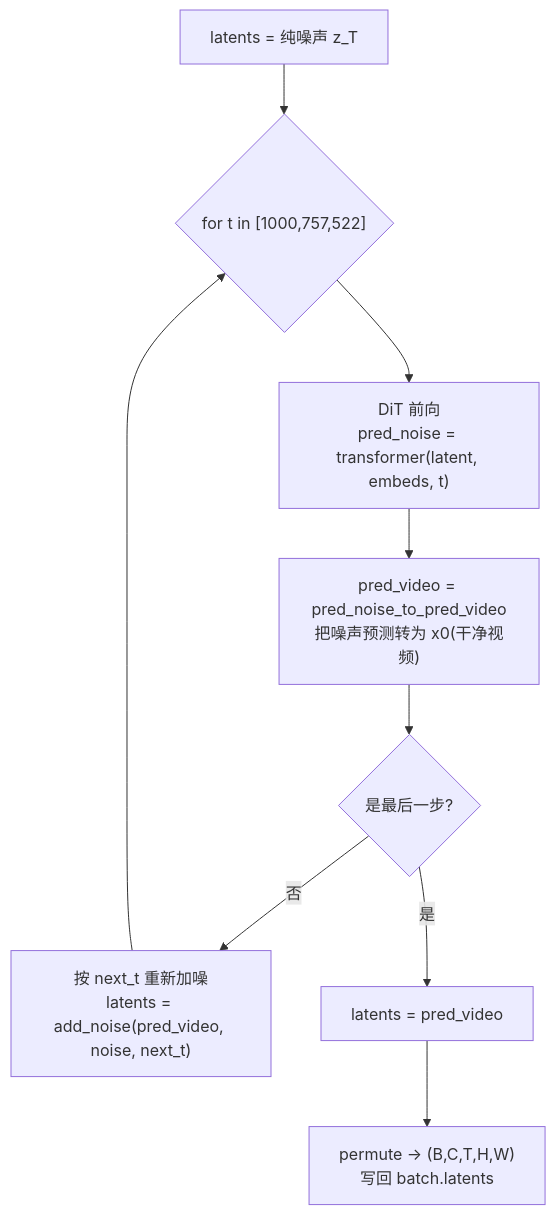
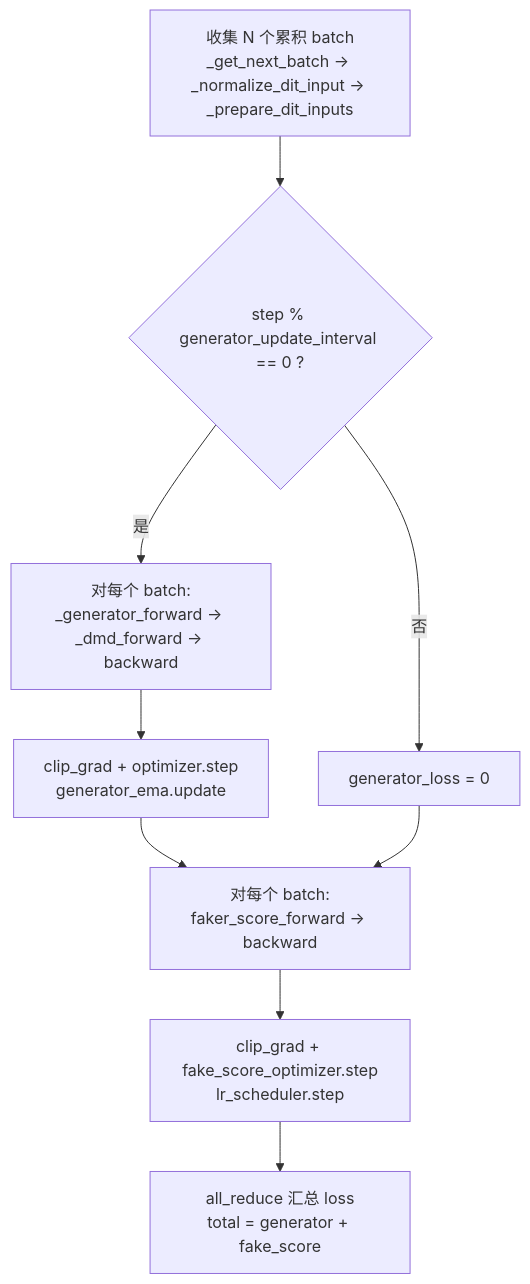
One commit to Huangzjun/FlashGen changed the fifth of 11 diagrams in docs/架构设计.md. Above: the diagram before and after it, drawn with Mermaid. The commit also changed other lines of this file and 82 other files, not shown here.

````diff
--- a/docs/架构设计.md
+++ b/docs/架构设计.md
@@ -422,11 +378,12 @@
 ```mermaid
 flowchart TD
-    Z["latents = 纯噪声 z_T"] --> L0{"for t in [1000,757,522]"}
-    L0 --> A["DiT 前向<br/>pred_noise = transformer(latent, embeds, t)"]
-    A --> B["pred_video = pred_noise_to_pred_video<br/>把噪声预测转为 x0(干净视频)"]
-    B --> C{"是最后一步?"}
-    C -- 否 --> D["按 next_t 重新加噪<br/>latents = add_noise(pred_video, noise, next_t)"]
-    D --> L0
-    C -- 是 --> E["latents = pred_video"]
-    E --> F["permute → (B,C,T,H,W)<br/>写回 batch.latents"]
+    NB["收集 N 个累积 batch<br/>_get_next_batch → _normalize_dit_input → _prepare_dit_inputs"] --> CK{"step % generator_update_interval == 0 ?"}
+    CK -- 是 --> GEN["对每个 batch:<br/>_generator_forward → _dmd_forward → backward"]
+    GEN --> GSTEP["clip_grad + optimizer.step<br/>generator_ema.update"]
+    CK -- 否 --> SKIP["generator_loss = 0"]
+    GSTEP --> CRIT
+    SKIP --> CRIT
+    CRIT["对每个 batch:<br/>faker_score_forward → backward"]
+    CRIT --> FSTEP["clip_grad + fake_score_optimizer.step<br/>lr_scheduler.step"]
+    FSTEP --> AGG["all_reduce 汇总 loss<br/>total = generator + fake_score"]
 ```
````
